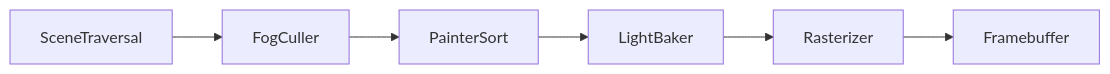
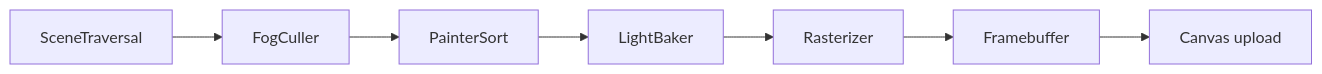
The diagram in README.md (xsyetopz/easel.js), drawn with Mermaid before and after one commit. The commit also changed other lines of this file and 7 other files, not shown here.

````diff
--- a/README.md
+++ b/README.md
@@ -111,10 +135,11 @@
 ```mermaid
 graph LR
   ST["SceneTraversal"]
   FC["FogCuller"]
   PS["PainterSort"]
   LB["LightBaker"]
   R["Rasterizer"]
   FB["Framebuffer"]
-  ST --> FC --> PS --> LB --> R --> FB
+  UP["Canvas upload"]
+  ST --> FC --> PS --> LB --> R --> FB --> UP
 ```
````
